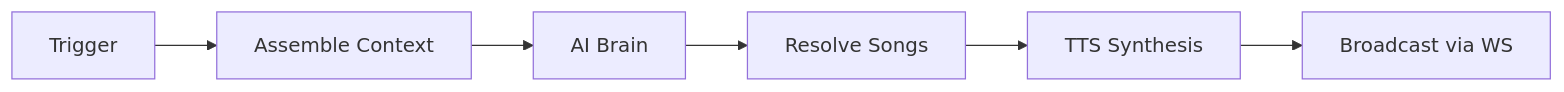
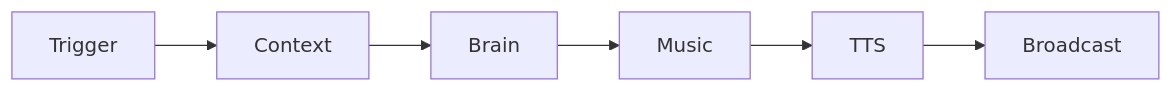
The diagram in README.md (baogutang/aurio), drawn with Mermaid before and after one commit. The commit also changed other lines of this file and 7 other files, not shown here.

````diff
--- a/README.md
+++ b/README.md
@@ -276,8 +188,8 @@
 ```mermaid
 flowchart LR
-    A[Trigger] --> B[Assemble Context]
-    B --> C[AI Brain]
-    C --> D[Resolve Songs]
-    D --> E[TTS Synthesis]
-    E --> F[Broadcast via WS]
+    A[Trigger] --> B[Context]
+    B --> C[Brain]
+    C --> D[Music]
+    D --> E[TTS]
+    E --> F[Broadcast]
 ```
````
